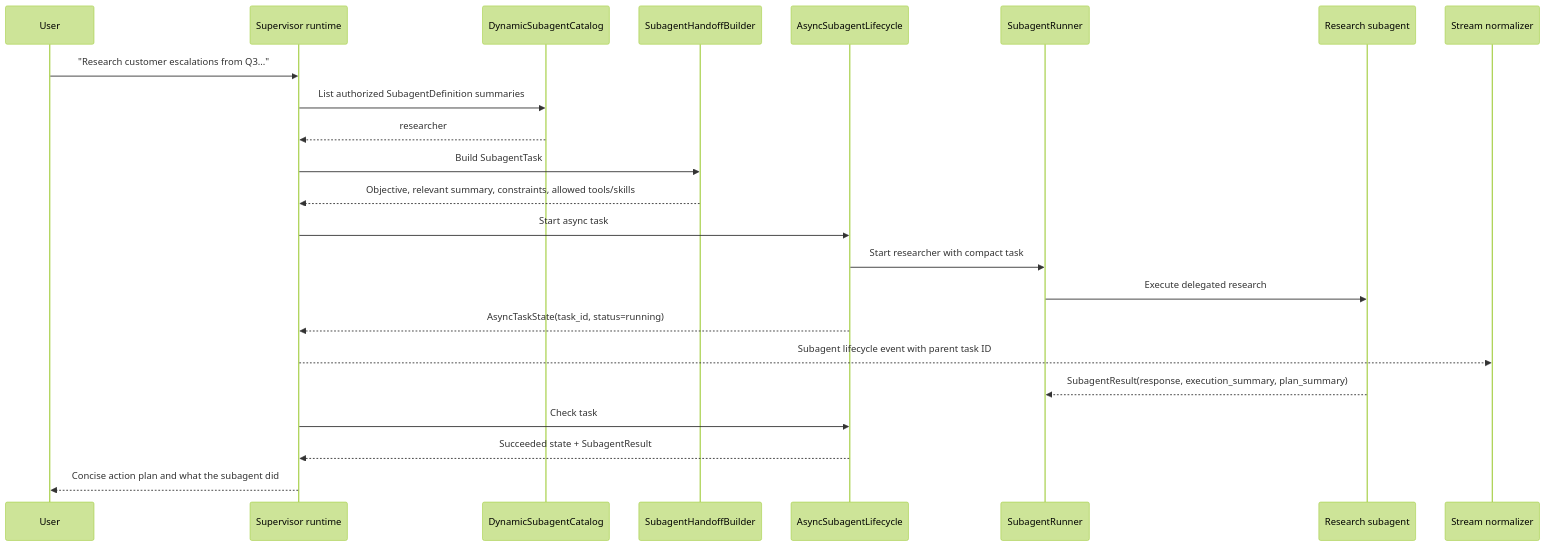
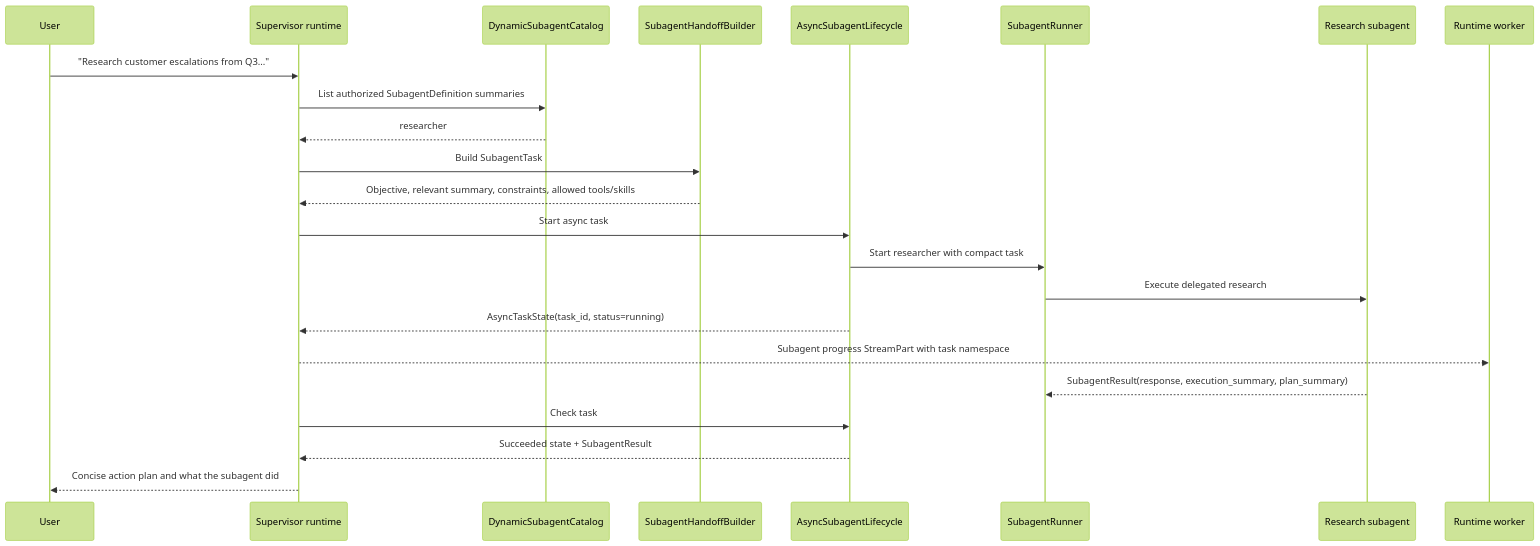
The seventh of 8 diagrams in services/ai-backend/docs/architecture/data-flow.md (0x-copilot-dev/0x-copilot), drawn with Mermaid (forest theme) before and after one commit. The commit also changed other lines of this file and 161 other files, not shown here.

````diff
--- a/services/ai-backend/docs/architecture/data-flow.md
+++ b/services/ai-backend/docs/architecture/data-flow.md
@@ -233,26 +235,26 @@
 ```mermaid
 sequenceDiagram
   participant User
   participant Supervisor as Supervisor runtime
   participant Catalog as DynamicSubagentCatalog
   participant Handoff as SubagentHandoffBuilder
   participant Lifecycle as AsyncSubagentLifecycle
   participant Runner as SubagentRunner
   participant Researcher as Research subagent
-  participant Normalizer as Stream normalizer
+  participant Worker as Runtime worker
 
   User->>Supervisor: "Research customer escalations from Q3..."
   Supervisor->>Catalog: List authorized SubagentDefinition summaries
   Catalog-->>Supervisor: researcher
   Supervisor->>Handoff: Build SubagentTask
   Handoff-->>Supervisor: Objective, relevant summary, constraints, allowed tools/skills
   Supervisor->>Lifecycle: Start async task
   Lifecycle->>Runner: Start researcher with compact task
   Runner->>Researcher: Execute delegated research
   Lifecycle-->>Supervisor: AsyncTaskState(task_id, status=running)
-  Supervisor-->>Normalizer: Subagent lifecycle event with parent task ID
+  Supervisor-->>Worker: Subagent progress StreamPart with task namespace
   Researcher-->>Runner: SubagentResult(response, execution_summary, plan_summary)
   Supervisor->>Lifecycle: Check task
   Lifecycle-->>Supervisor: Succeeded state + SubagentResult
   Supervisor-->>User: Concise action plan and what the subagent did
 ```
````
